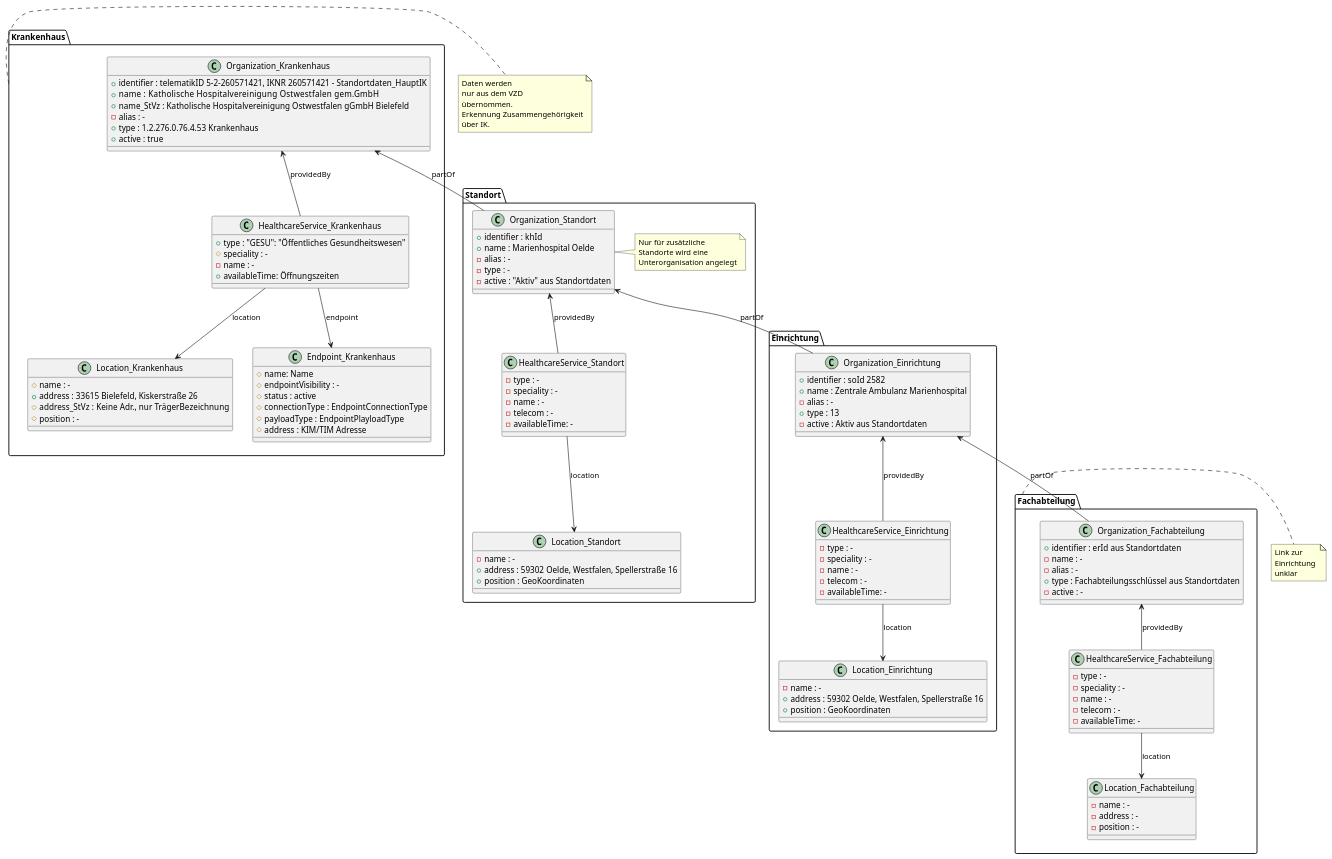
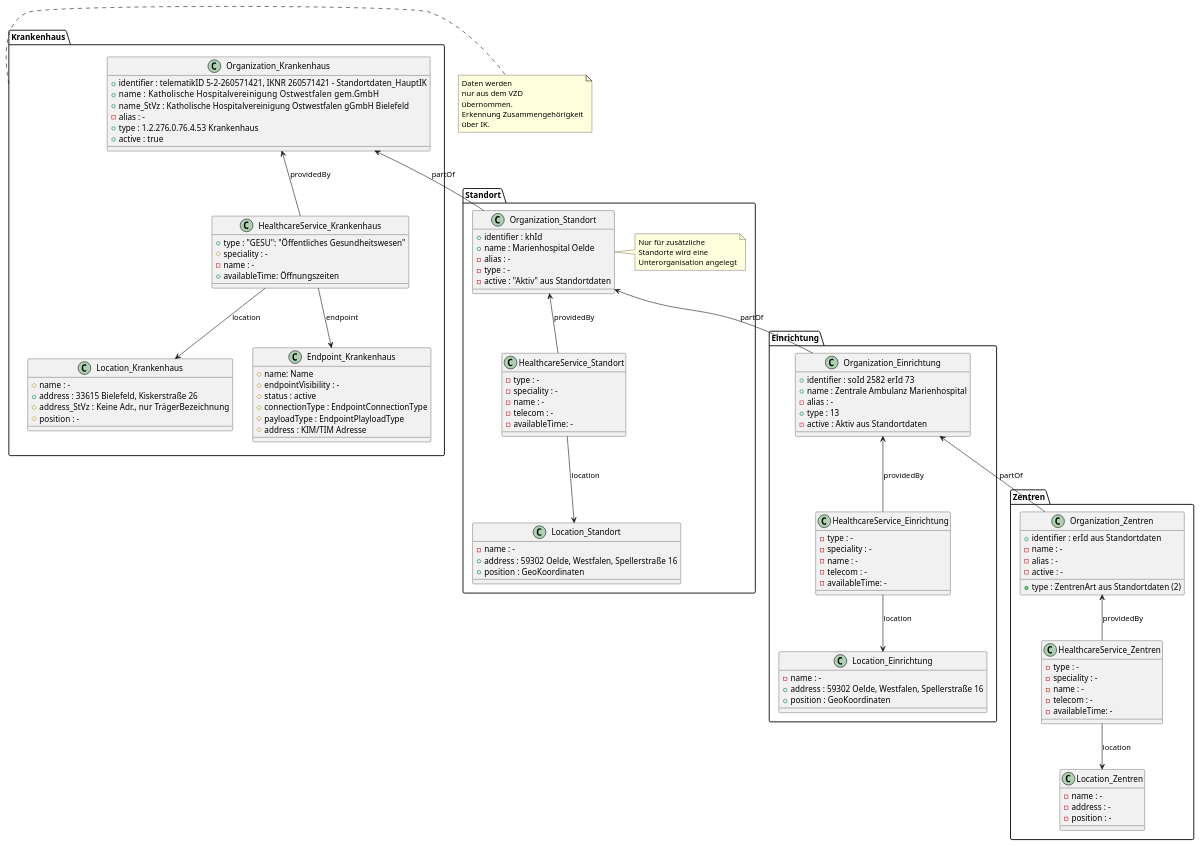
Before and after one commit to gematik/api-vzd: the diagram in src/plantuml/OrgStruct/Standortverzeichnis_Beispiel.puml, drawn with PlantUML.

```diff
--- a/src/plantuml/OrgStruct/Standortverzeichnis_Beispiel.puml
+++ b/src/plantuml/OrgStruct/Standortverzeichnis_Beispiel.puml
@@ -1,169 +1,164 @@
 @startuml
 
 package "Krankenhaus" {
   
 class Organization_Krankenhaus {
 +identifier : telematikID 5-2-260571421, IKNR 260571421 - Standortdaten_HauptIK
 +name :      Katholische Hospitalvereinigung Ostwestfalen gem.GmbH
 +name_StVz : Katholische Hospitalvereinigung Ostwestfalen gGmbH Bielefeld
 -alias : -
 +type : 1.2.276.0.76.4.53 Krankenhaus
 +active : true
 }
 
 
 
 class HealthcareService_Krankenhaus {
 +type : "GESU": "Öffentliches Gesundheitswesen"
 #speciality : -
 -name : -
 +availableTime: Öffnungszeiten
 }
 
 Organization_Krankenhaus <-- HealthcareService_Krankenhaus : providedBy
 HealthcareService_Krankenhaus --> Location_Krankenhaus : location
 HealthcareService_Krankenhaus --> Endpoint_Krankenhaus : endpoint
 
 
 class Location_Krankenhaus {
 #name : -
 +address : 33615 Bielefeld, Kiskerstraße 26
 #address_StVz : Keine Adr., nur TrägerBezeichnung 
 #position : -
 }
 
 
 class Endpoint_Krankenhaus {
 #name: Name
 #endpointVisibility : -
 #status : active
 #connectionType : EndpointConnectionType
 #payloadType : EndpointPlayloadType
 #address : KIM/TIM Adresse
 }
 
 }
 
 note right of Krankenhaus 
    Daten werden
    nur aus dem VZD
    übernommen.
    Erkennung Zusammengehörigkeit
    über IK.
 end note   
 
 package "Standort" {
 
 class Organization_Standort {
 +identifier : khId
 +name : Marienhospital Oelde
 -alias : -
 -type : -
 -active : "Aktiv" aus Standortdaten
 }
 note right of Organization_Standort 
    Nur für zusätzliche
    Standorte wird eine
    Unterorganisation angelegt
 end note 
 
 Organization_Krankenhaus <-- Organization_Standort : "partOf"
 HealthcareService_Krankenhaus -[hidden]right-> Organization_Standort
 
 class HealthcareService_Standort {
 -type : -
 -speciality : -
 -name : -
 -telecom : -
 -availableTime: -
 }
 
 HealthcareService_Standort --> Location_Standort : location
 Organization_Standort <-- HealthcareService_Standort : providedBy
 
 
 
 class Location_Standort {
 -name : -
 +address : 59302 Oelde, Westfalen, Spellerstraße 16
 +position : GeoKoordinaten
 }
 
 }
 
 package "Einrichtung" {
 
 class Organization_Einrichtung {
-+identifier : soId 2582
++identifier : soId 2582 erId 73
 +name : Zentrale Ambulanz Marienhospital
 -alias : -
 +type : 13 
 -active : Aktiv aus Standortdaten
 }
 
 
 Organization_Standort <-- Organization_Einrichtung : "partOf"
 
 class HealthcareService_Einrichtung {
 -type : -
 -speciality : -
 -name : -
 -telecom : -
 -availableTime: -
 }
 
 HealthcareService_Einrichtung --> Location_Einrichtung : location
 Organization_Einrichtung <-- HealthcareService_Einrichtung : providedBy
 
 
 
 class Location_Einrichtung {
 -name : -
 +address : 59302 Oelde, Westfalen, Spellerstraße 16
 +position : GeoKoordinaten
 }
 
 }
 
 
-package "Fachabteilung" {
+package "Zentren" {
 
 
-class Organization_Fachabteilung {
+class Organization_Zentren {
 +identifier : erId aus Standortdaten
 -name : -
 -alias : -
-+type : Fachabteilungsschlüssel aus Standortdaten
++type : ZentrenArt aus Standortdaten (2)
 -active : -
 }
 
 
-Organization_Einrichtung <-- Organization_Fachabteilung : "partOf"
+Organization_Einrichtung <-- Organization_Zentren : "partOf"
 
-class HealthcareService_Fachabteilung {
+class HealthcareService_Zentren {
 -type : -
 -speciality : -
 -name : -
 -telecom : -
 -availableTime: -
 }
 
-HealthcareService_Fachabteilung --> Location_Fachabteilung : location
-Organization_Fachabteilung <-- HealthcareService_Fachabteilung : providedBy
+HealthcareService_Zentren --> Location_Zentren : location
+Organization_Zentren <-- HealthcareService_Zentren : providedBy
 
 
-class Location_Fachabteilung {
+class Location_Zentren {
 -name : -
 -address : -
 -position : -
 }
 
 }
 
-note right of Fachabteilung 
-   Link zur 
-   Einrichtung 
-   unklar
-end note  
 
 @enduml
```
